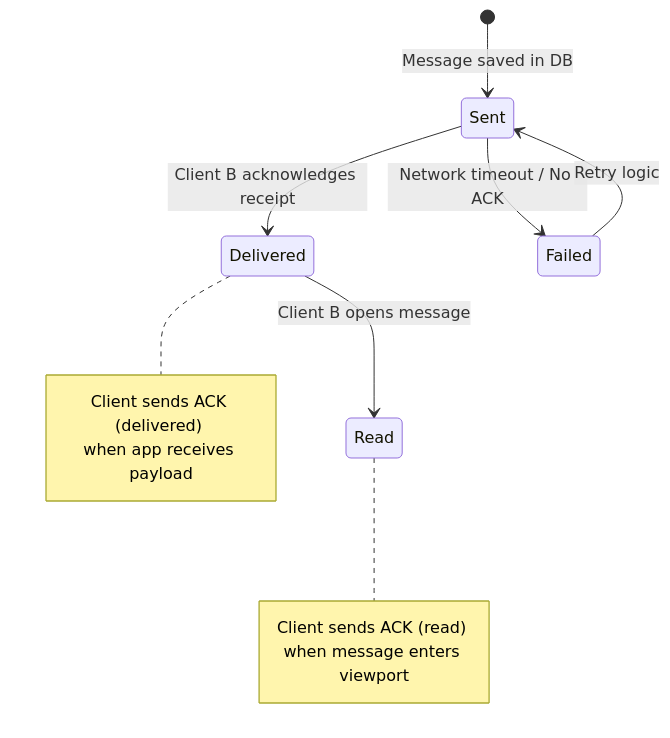
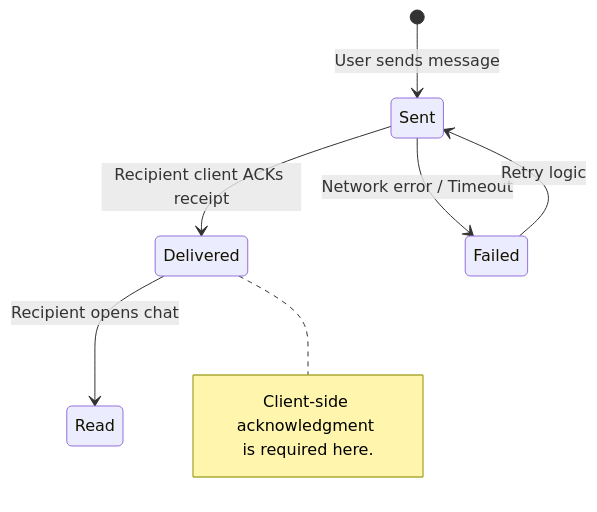
One commit to artembaranovsky1/Software-Design-and-Documentation_lab-1.1 changed the third of 3 diagrams in README.md. Above: the diagram before and after it, drawn with Mermaid. The commit also changed other lines of this file, not shown here.

````diff
--- a/README.md
+++ b/README.md
@@ -59,19 +41,13 @@
 ```mermaid
 stateDiagram-v2
-    [*] --> Sent: Message saved in DB
-    Sent --> Delivered: Client B acknowledges receipt
-    Delivered --> Read: Client B opens message
-    
-    Sent --> Failed: Network timeout / No ACK
+    [*] --> Sent: User sends message
+    Sent --> Delivered: Recipient client ACKs receipt
+    Delivered --> Read: Recipient opens chat
+    Sent --> Failed: Network error / Timeout
     Failed --> Sent: Retry logic
     
     note right of Delivered
-        Client sends ACK (delivered) 
-        when app receives payload
-    end note
-
-    note right of Read
-        Client sends ACK (read) 
-        when message enters viewport
+        Client-side acknowledgment 
+        is required here.
     end note
 ```
````
